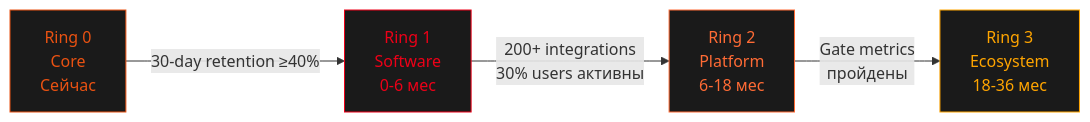
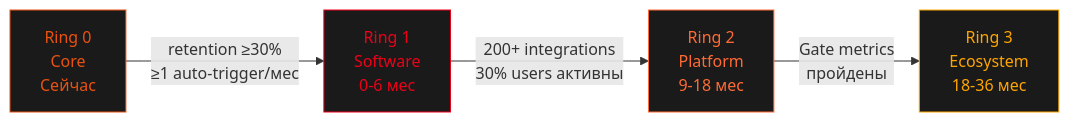
The diagram in docs/strategy/03_ecosystem_rings.md (pavelnovikau/busy-app), drawn with Mermaid before and after one commit. The commit also changed other lines of this file and 5 other files, not shown here.

````diff
--- a/docs/strategy/03_ecosystem_rings.md
+++ b/docs/strategy/03_ecosystem_rings.md
@@ -235,12 +223,12 @@
 ```mermaid
 graph LR
-    R0["Ring 0\n Core\nСейчас"] -->|"30-day retention ≥40%"| R1
+    R0["Ring 0\n Core\nСейчас"] -->|"retention ≥30%\n≥1 auto-trigger/мес"| R1
     R1["Ring 1\n Software\n0-6 мес"] -->|"200+ integrations\n30% users активны"| R2
-    R2["Ring 2\n Platform\n6-18 мес"] -->|"Gate metrics\nпройдены"| R3
+    R2["Ring 2\n Platform\n9-18 мес"] -->|"Gate metrics\nпройдены"| R3
     R3["Ring 3\n Ecosystem\n18-36 мес"]
 
     style R0 fill:#1a1a1a,color:#EA5212,stroke:#EA5212
     style R1 fill:#1a1a1a,color:#ED0018,stroke:#ED0018
     style R2 fill:#1a1a1a,color:#ff6b35,stroke:#ff6b35
     style R3 fill:#1a1a1a,color:#ffa500,stroke:#ffa500
 ```
````
